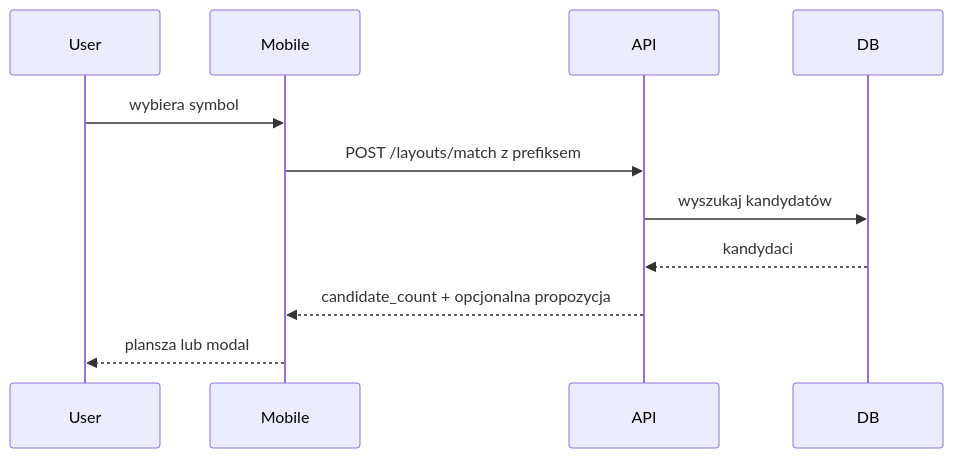
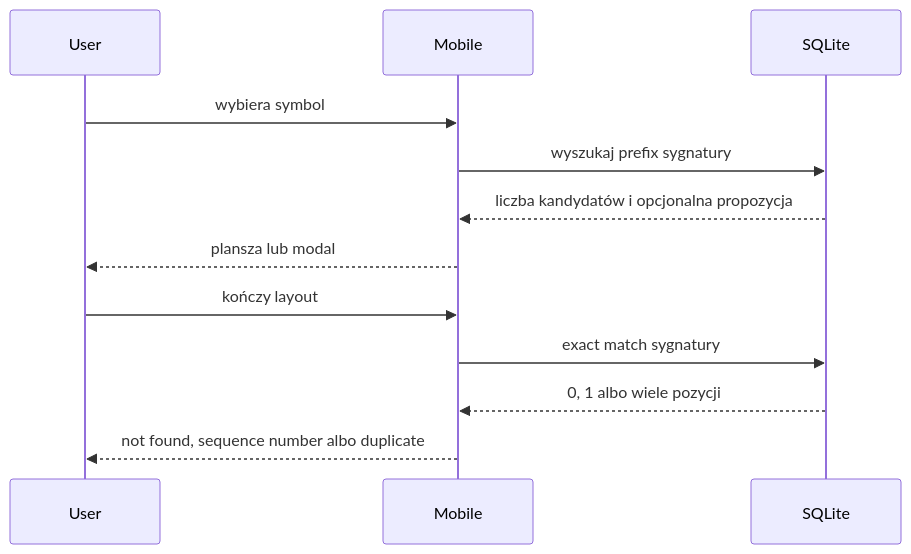
One commit to tuszynski-michal/game_predicotr changed the second of 4 diagrams in ai_docs/architecture/SYSTEM_ARCHITECTURE.md. Above: the diagram before and after it, drawn with Mermaid. The commit also changed other lines of this file and 23 other files, not shown here.

````diff
--- a/ai_docs/architecture/SYSTEM_ARCHITECTURE.md
+++ b/ai_docs/architecture/SYSTEM_ARCHITECTURE.md
@@ -80,14 +97,15 @@
 ```mermaid
 sequenceDiagram
     participant User
     participant Mobile
-    participant API
-    participant DB
+    participant SQLite
 
     User->>Mobile: wybiera symbol
-    Mobile->>API: POST /layouts/match z prefiksem
-    API->>DB: wyszukaj kandydatów
-    DB-->>API: kandydaci
-    API-->>Mobile: candidate_count + opcjonalna propozycja
+    Mobile->>SQLite: wyszukaj prefix sygnatury
+    SQLite-->>Mobile: liczba kandydatów i opcjonalna propozycja
     Mobile-->>User: plansza lub modal
+    User->>Mobile: kończy layout
+    Mobile->>SQLite: exact match sygnatury
+    SQLite-->>Mobile: 0, 1 albo wiele pozycji
+    Mobile-->>User: not found, sequence number albo duplicate
 ```
````
